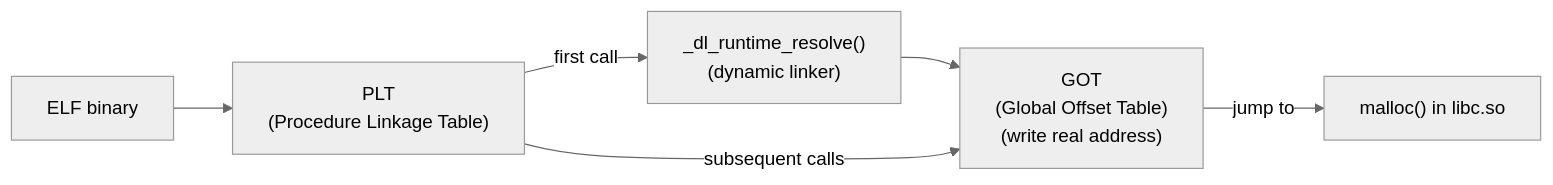
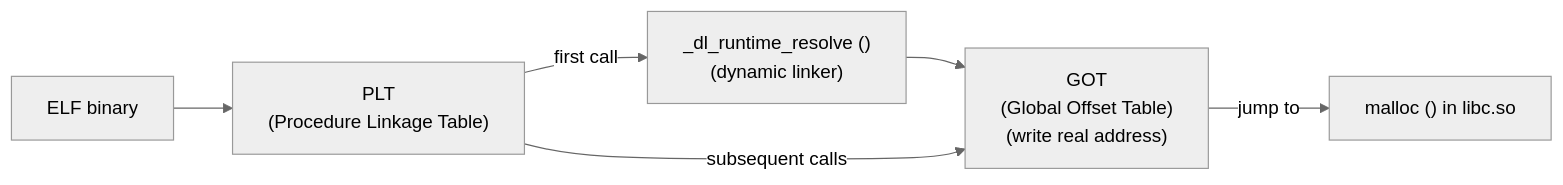
One commit to pploc/swe-icon-the-moment changed the diagram in content/questions/fundamentals/dynamic-linking.md. Above: the diagram before and after it, drawn with Mermaid (neutral theme). The commit also changed 95 other files, not shown here.

Commit message:
fix: update the practice mode diagram bug not display

````diff
--- a/content/questions/fundamentals/dynamic-linking.md
+++ b/content/questions/fundamentals/dynamic-linking.md
@@ -22,10 +22,11 @@
 ```mermaid
 flowchart LR
-    Binary["ELF binary"] --> PLT["PLT\n(Procedure Linkage Table)"]
-    PLT -->|"first call"| Resolver["_dl_runtime_resolve()\n(dynamic linker)"]
-    Resolver --> GOT["GOT\n(Global Offset Table)\n(write real address)"]
+    Binary["ELF binary"] --> PLT["PLT\n (Procedure Linkage Table)"]
+    PLT -->|"first call"| Resolver["_dl_runtime_resolve ()\n (dynamic linker)"]
+    Resolver --> GOT["GOT\n (Global Offset Table)\n (write real address)"]
     PLT -->|"subsequent calls"| GOT
-    GOT -->|"jump to"| LibFunc["malloc() in libc.so"]
+    GOT -->|"jump to"| LibFunc["malloc () in libc.so"]
+
 
 
 ```
````
